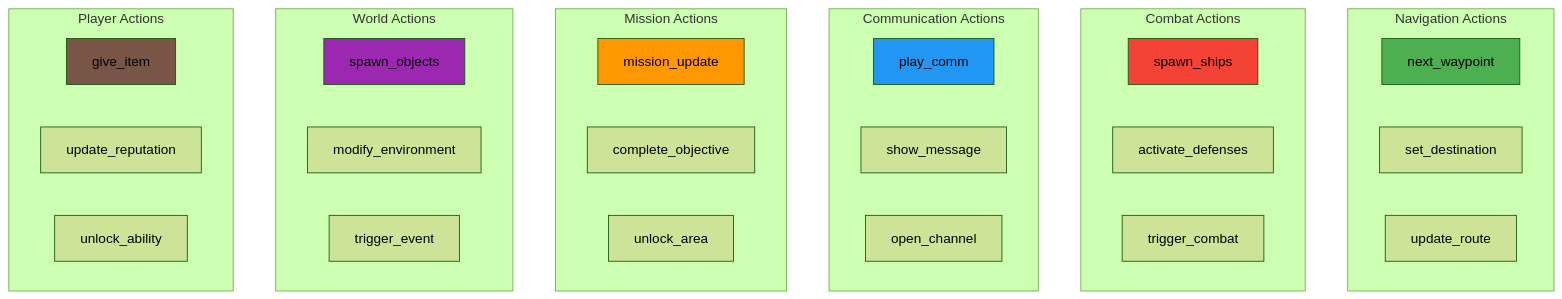
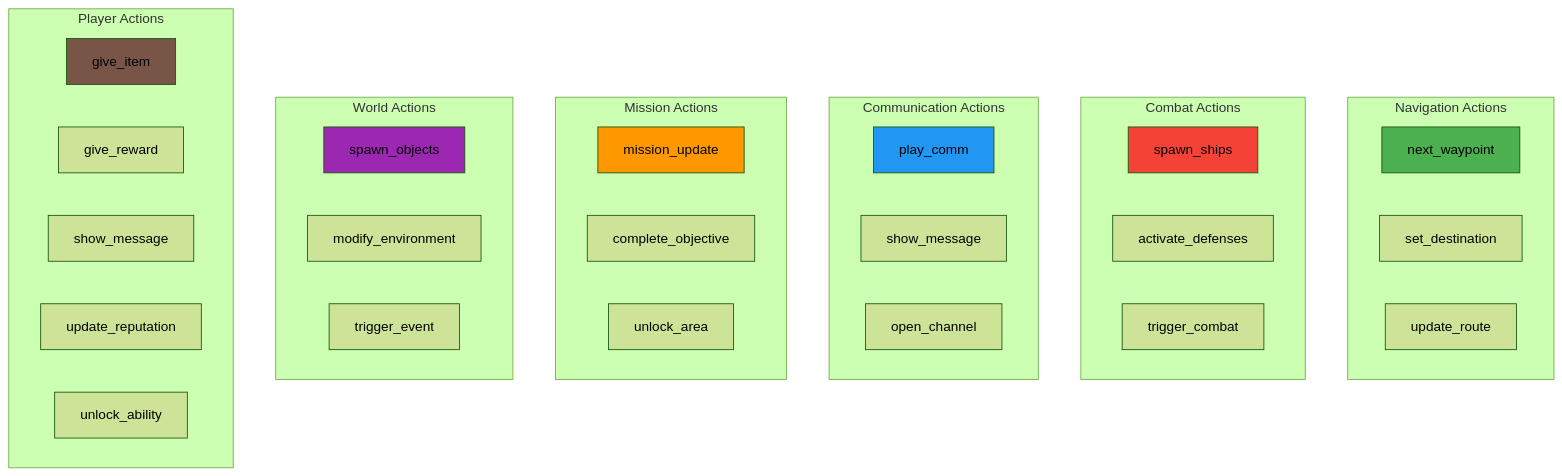
Before and after one commit to thoracle/planetz: the eighth of 16 diagrams in docs/waypoints_system_spec.md, drawn with Mermaid (forest theme). The commit also changed other lines of this file, not shown here.

First line of the commit message:
feat: Enhance waypoint actions with randomized ship spawning and reward system

````diff
--- a/docs/waypoints_system_spec.md
+++ b/docs/waypoints_system_spec.md
@@ -664,45 +799,47 @@
 ```mermaid
 graph TD
     subgraph "Navigation Actions"
         NA1[next_waypoint]
         NA2[set_destination]
         NA3[update_route]
     end
 
     subgraph "Combat Actions"
         CA1[spawn_ships]
         CA2[activate_defenses]
         CA3[trigger_combat]
     end
 
     subgraph "Communication Actions"
         COM1[play_comm]
         COM2[show_message]
         COM3[open_channel]
     end
 
     subgraph "Mission Actions"
         MA1[mission_update]
         MA2[complete_objective]
         MA3[unlock_area]
     end
 
     subgraph "World Actions"
         WA1[spawn_objects]
         WA2[modify_environment]
         WA3[trigger_event]
     end
 
     subgraph "Player Actions"
         PA1[give_item]
-        PA2[update_reputation]
-        PA3[unlock_ability]
+        PA2[give_reward]
+        PA3[show_message]
+        PA4[update_reputation]
+        PA5[unlock_ability]
     end
 
     style NA1 fill:#4CAF50
     style CA1 fill:#F44336
     style COM1 fill:#2196F3
     style MA1 fill:#FF9800
     style WA1 fill:#9C27B0
     style PA1 fill:#795548
 ```
````
